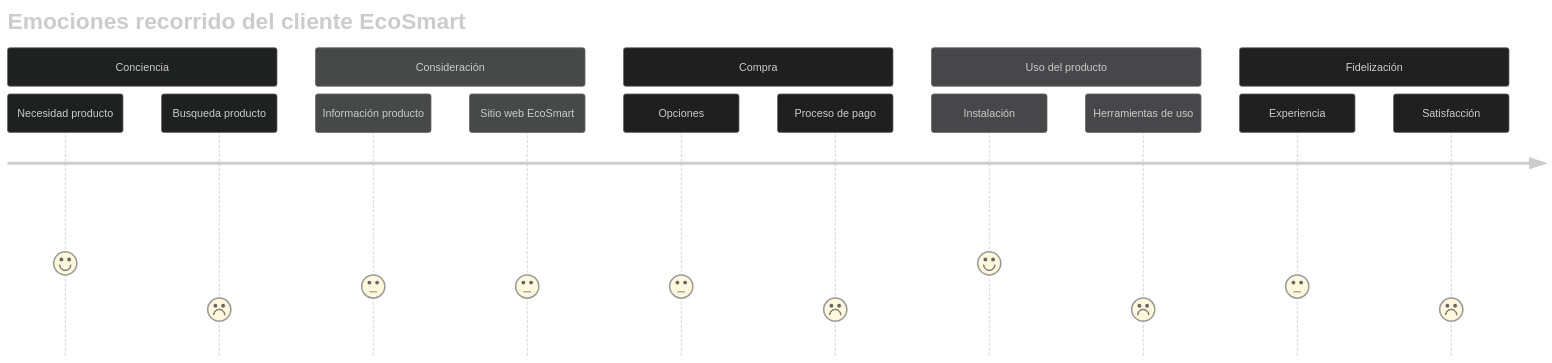
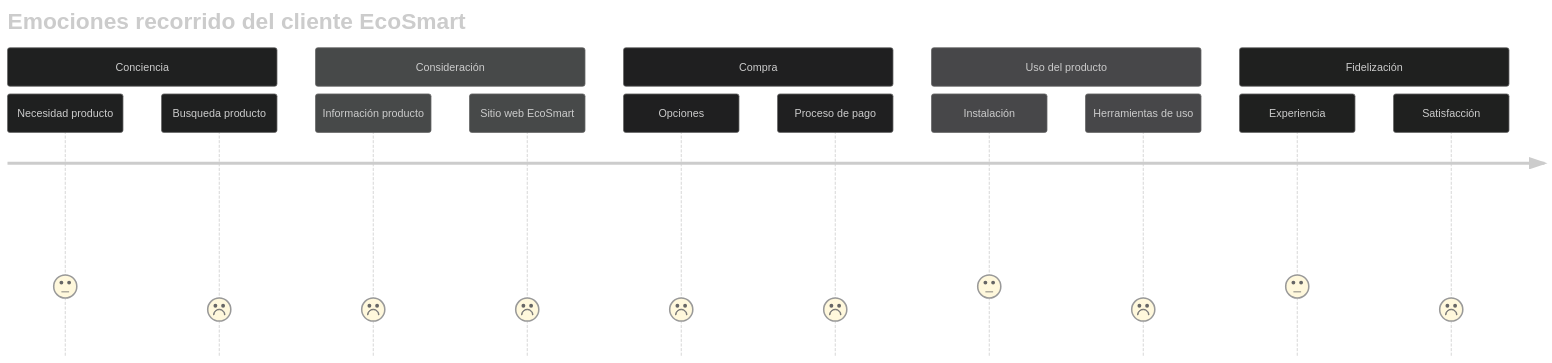
The diagram in docs/situacionActual/SituacionActual.md (EOBS-MIDE/EcoSmart), drawn with Mermaid before and after one commit. The commit also changed other lines of this file and 3 other files, not shown here.

````diff
--- a/docs/situacionActual/SituacionActual.md
+++ b/docs/situacionActual/SituacionActual.md
@@ -25,23 +24,23 @@
 ```mermaid
 ---
 config:
   theme: neo-dark
 ---
 journey
 title Emociones recorrido del cliente EcoSmart
 section Conciencia
-  Necesidad producto: 4
+  Necesidad producto: 3
   Busqueda producto: 2
 section Consideración
-  Información producto: 3
-  Sitio web EcoSmart: 3
+  Información producto: 2
+  Sitio web EcoSmart: 2
 section Compra
-  Opciones: 3
+  Opciones: 2
   Proceso de pago: 2
 section Uso del producto
-  Instalación: 4
+  Instalación: 3
   Herramientas de uso: 2
 section Fidelización
   Experiencia: 3
   Satisfacción: 2
 ```
````
